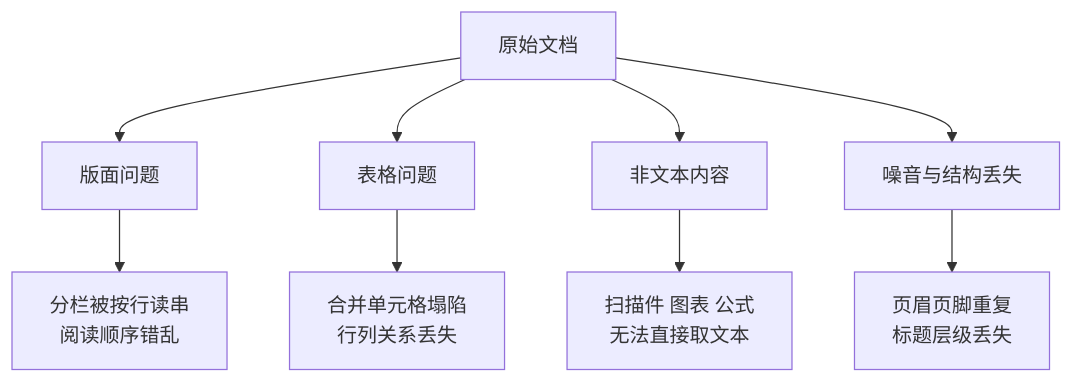
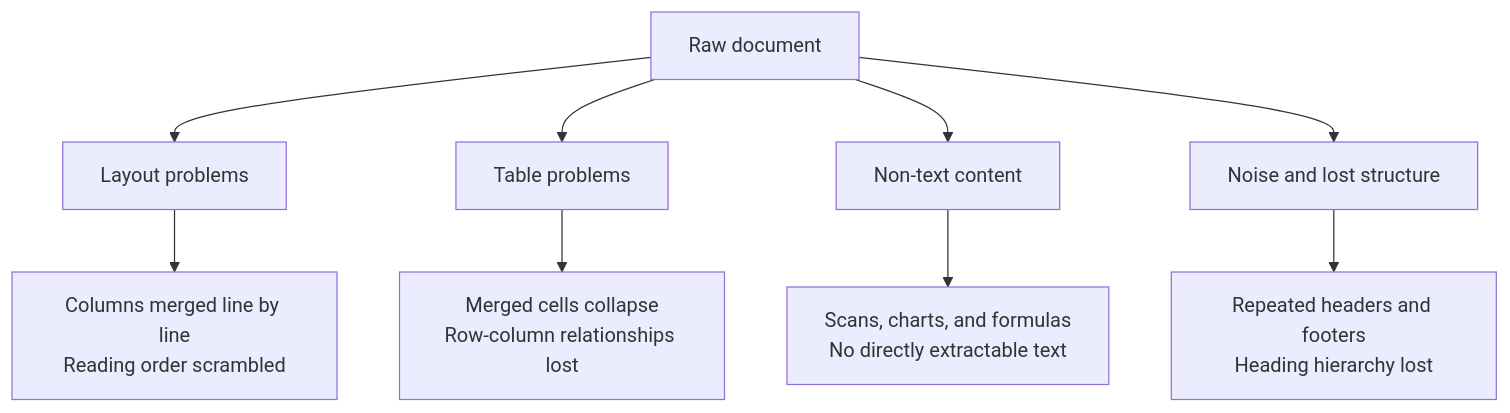
One commit to oneleaveknowsthefall/awesome-ai-roadmap changed the first of 2 diagrams in docs/rag/02-ingestion-indexing/03-document-parsing.md. Above: the diagram before and after it, drawn with Mermaid. The commit also changed other lines of this file and 60 other files, not shown here.

````diff
--- a/docs/rag/02-ingestion-indexing/03-document-parsing.md
+++ b/docs/rag/02-ingestion-indexing/03-document-parsing.md
@@ -19,12 +19,12 @@
 ```mermaid
 flowchart TB
-    DOC[原始文档] --> P1[版面问题]
-    DOC --> P2[表格问题]
-    DOC --> P3[非文本内容]
-    DOC --> P4[噪音与结构丢失]
+    DOC[Raw document] --> P1[Layout problems]
+    DOC --> P2[Table problems]
+    DOC --> P3[Non-text content]
+    DOC --> P4[Noise and lost structure]
 
-    P1 --> A1[分栏被按行读串<br/>阅读顺序错乱]
-    P2 --> A2[合并单元格塌陷<br/>行列关系丢失]
-    P3 --> A3[扫描件 图表 公式<br/>无法直接取文本]
-    P4 --> A4[页眉页脚重复<br/>标题层级丢失]
+    P1 --> A1[Columns merged line by line<br/>Reading order scrambled]
+    P2 --> A2[Merged cells collapse<br/>Row-column relationships lost]
+    P3 --> A3[Scans, charts, and formulas<br/>No directly extractable text]
+    P4 --> A4[Repeated headers and footers<br/>Heading hierarchy lost]
 ```
````
